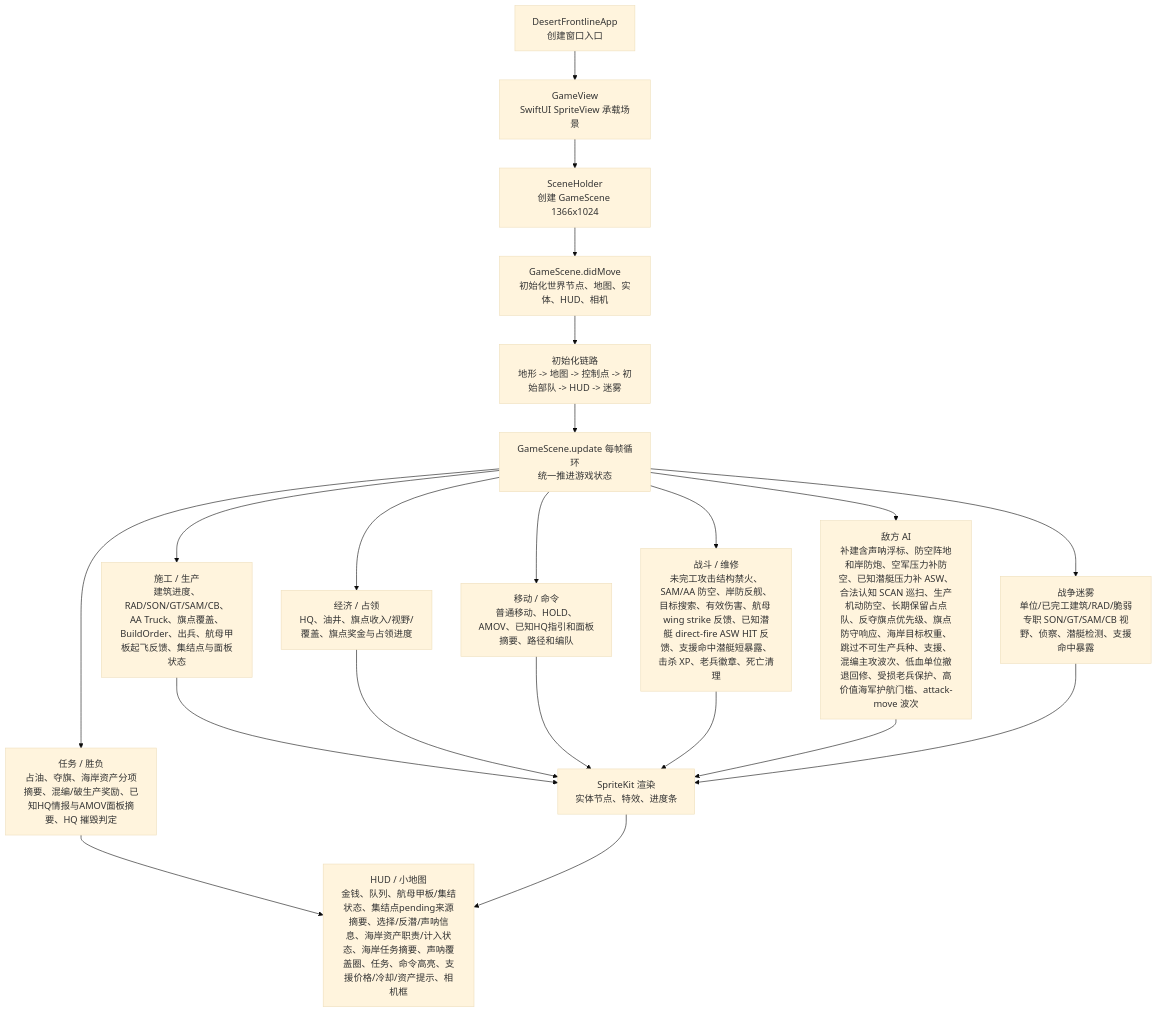
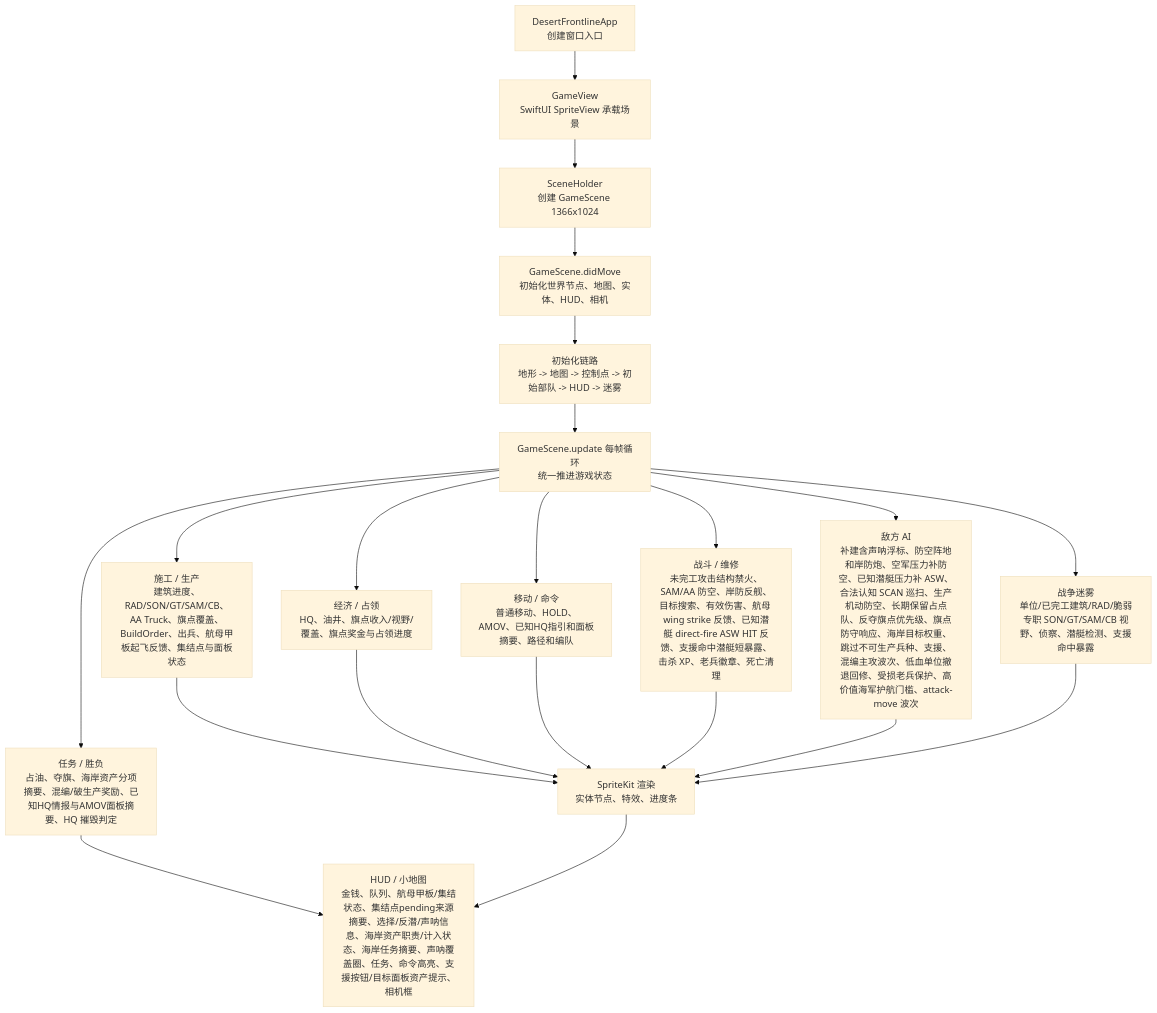
Before and after one commit to Altman-sam114/1145: the first of 3 diagrams in md/flow/flowchart.md, drawn with Mermaid (base theme). The commit also changed 4 other files, not shown here.

````diff
--- a/md/flow/flowchart.md
+++ b/md/flow/flowchart.md
@@ -9,23 +9,23 @@
 ```mermaid
 flowchart TD
   App["DesertFrontlineApp\n创建窗口入口"] --> View["GameView\nSwiftUI SpriteView 承载场景"]
   View --> Holder["SceneHolder\n创建 GameScene 1366x1024"]
   Holder --> Scene["GameScene.didMove\n初始化世界节点、地图、实体、HUD、相机"]
   Scene --> Init["初始化链路\n地形 -> 地图 -> 控制点 -> 初始部队 -> HUD -> 迷雾"]
   Init --> Loop["GameScene.update 每帧循环\n统一推进游戏状态"]
   Loop --> Build["施工 / 生产\n建筑进度、RAD/SON/GT/SAM/CB、AA Truck、旗点覆盖、BuildOrder、出兵、航母甲板起飞反馈、集结点与面板状态"]
   Loop --> Economy["经济 / 占领\nHQ、油井、旗点收入/视野/覆盖、旗点奖金与占领进度"]
   Loop --> Commands["移动 / 命令\n普通移动、HOLD、AMOV、已知HQ指引和面板摘要、路径和编队"]
   Loop --> Combat["战斗 / 维修\n未完工攻击结构禁火、SAM/AA 防空、岸防反舰、目标搜索、有效伤害、航母 wing strike 反馈、已知潜艇 direct-fire ASW HIT 反馈、支援命中潜艇短暴露、击杀 XP、老兵徽章、死亡清理"]
   Loop --> AI["敌方 AI\n补建含声呐浮标、防空阵地和岸防炮、空军压力补防空、已知潜艇压力补 ASW、合法认知 SCAN 巡扫、生产机动防空、长期保留占点队、反夺旗点优先级、旗点防守响应、海岸目标权重、跳过不可生产兵种、支援、混编主攻波次、低血单位撤退回修、受损老兵保护、高价值海军护航门槛、attack-move 波次"]
   Loop --> Fog["战争迷雾\n单位/已完工建筑/RAD/脆弱专职 SON/GT/SAM/CB 视野、侦察、潜艇检测、支援命中暴露"]
   Loop --> Mission["任务 / 胜负\n占油、夺旗、海岸资产分项摘要、混编/破生产奖励、已知HQ情报与AMOV面板摘要、HQ 摧毁判定"]
   Build --> Render["SpriteKit 渲染\n实体节点、特效、进度条"]
   Economy --> Render
   Commands --> Render
   Combat --> Render
   AI --> Render
   Fog --> Render
-  Mission --> HUD["HUD / 小地图\n金钱、队列、航母甲板/集结状态、集结点pending来源摘要、选择/反潜/声呐信息、海岸资产职责/计入状态、海岸任务摘要、声呐覆盖圈、任务、命令高亮、支援价格/冷却/资产提示、相机框"]
+  Mission --> HUD["HUD / 小地图\n金钱、队列、航母甲板/集结状态、集结点pending来源摘要、选择/反潜/声呐信息、海岸资产职责/计入状态、海岸任务摘要、声呐覆盖圈、任务、命令高亮、支援按钮/目标面板资产提示、相机框"]
   Render --> HUD
 ```
````
